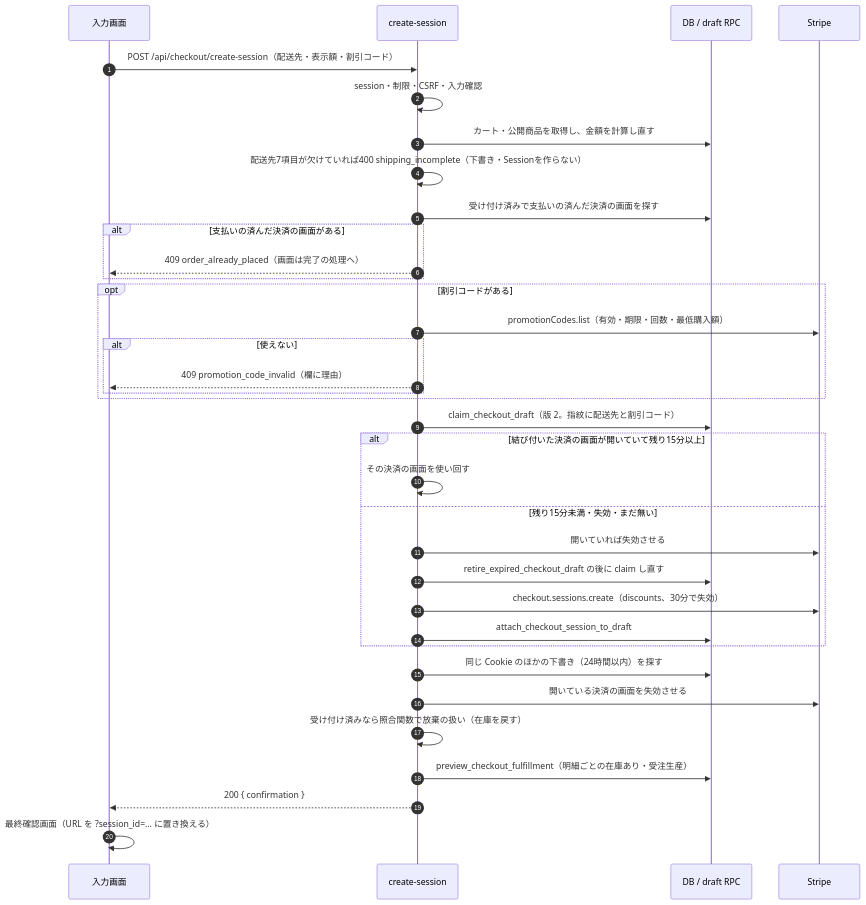
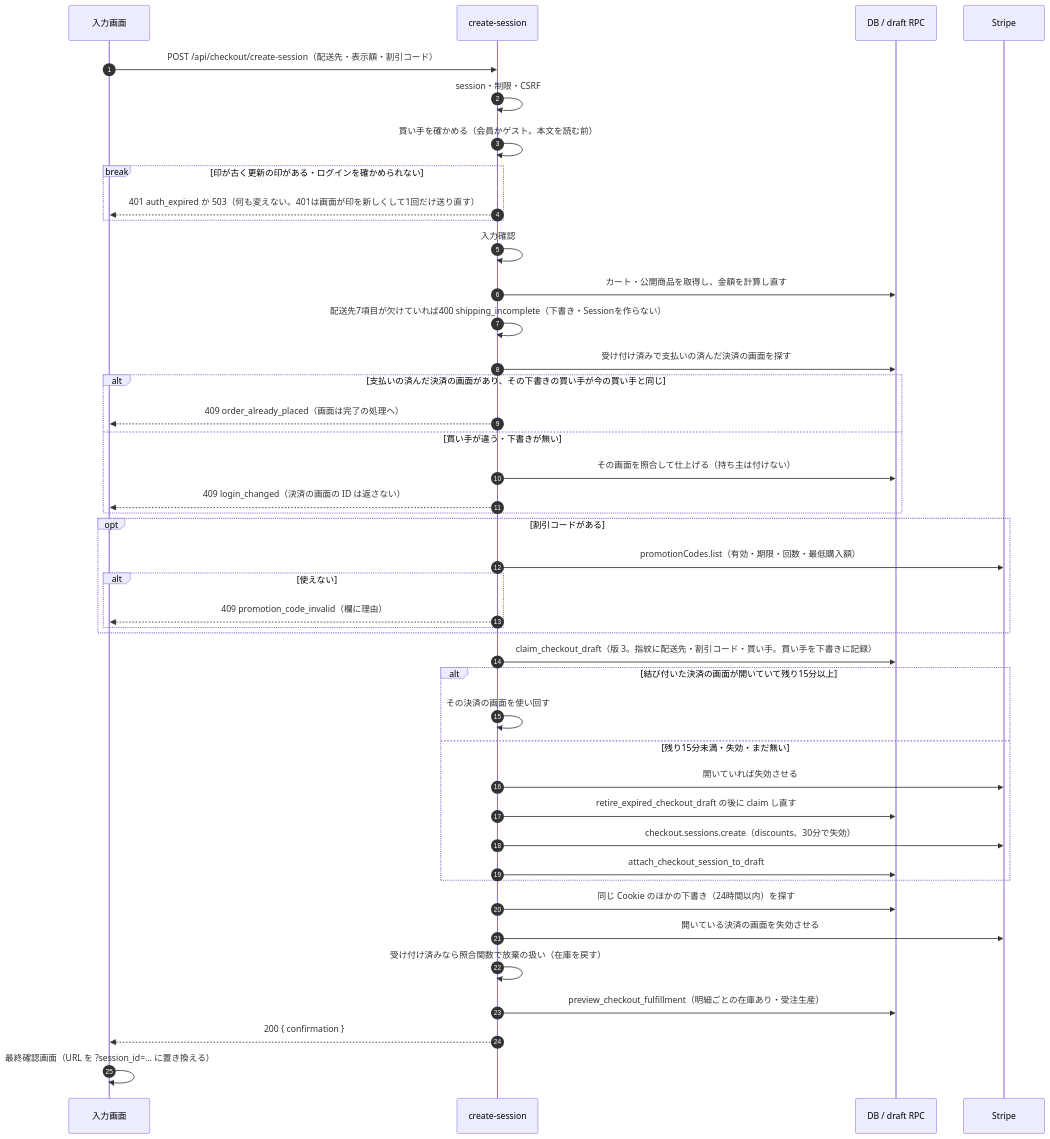
Before and after one commit to ChocoWork/o_official: the first of 5 diagrams in docs/04_DetailDesign/sequence/checkout-payment.md, drawn with Mermaid. The commit also changed other lines of this file and 7 other files, not shown here.

````diff
--- a/docs/04_DetailDesign/sequence/checkout-payment.md
+++ b/docs/04_DetailDesign/sequence/checkout-payment.md
@@ -30,37 +33,45 @@
 ```mermaid
 sequenceDiagram
     autonumber
     participant UI as 入力画面
     participant API as create-session
     participant DB as DB / draft RPC
     participant Stripe as Stripe
     UI->>API: POST /api/checkout/create-session（配送先・表示額・割引コード）
-    API->>API: session・制限・CSRF・入力確認
+    API->>API: session・制限・CSRF
+    API->>API: 買い手を確かめる（会員かゲスト。本文を読む前）
+    break 印が古く更新の印がある・ログインを確かめられない
+        API-->>UI: 401 auth_expired か 503（何も変えない。401は画面が印を新しくして1回だけ送り直す）
+    end
+    API->>API: 入力確認
     API->>DB: カート・公開商品を取得し、金額を計算し直す
     API->>API: 配送先7項目が欠けていれば400 shipping_incomplete（下書き・Sessionを作らない）
     API->>DB: 受け付け済みで支払いの済んだ決済の画面を探す
-    alt 支払いの済んだ決済の画面がある
+    alt 支払いの済んだ決済の画面があり、その下書きの買い手が今の買い手と同じ
         API-->>UI: 409 order_already_placed（画面は完了の処理へ）
+    else 買い手が違う・下書きが無い
+        API->>DB: その画面を照合して仕上げる（持ち主は付けない）
+        API-->>UI: 409 login_changed（決済の画面の ID は返さない）
     end
     opt 割引コードがある
         API->>Stripe: promotionCodes.list（有効・期限・回数・最低購入額）
         alt 使えない
             API-->>UI: 409 promotion_code_invalid（欄に理由）
         end
     end
-    API->>DB: claim_checkout_draft（版 2。指紋に配送先と割引コード）
+    API->>DB: claim_checkout_draft（版 3。指紋に配送先・割引コード・買い手。買い手を下書きに記録）
     alt 結び付いた決済の画面が開いていて残り15分以上
         API->>API: その決済の画面を使い回す
     else 残り15分未満・失効・まだ無い
         API->>Stripe: 開いていれば失効させる
         API->>DB: retire_expired_checkout_draft の後に claim し直す
         API->>Stripe: checkout.sessions.create（discounts、30分で失効）
         API->>DB: attach_checkout_session_to_draft
     end
     API->>DB: 同じ Cookie のほかの下書き（24時間以内）を探す
     API->>Stripe: 開いている決済の画面を失効させる
     API->>API: 受け付け済みなら照合関数で放棄の扱い（在庫を戻す）
     API->>DB: preview_checkout_fulfillment（明細ごとの在庫あり・受注生産）
     API-->>UI: 200 { confirmation }
     UI->>UI: 最終確認画面（URL を ?session_id=… に置き換える）
 ```
````
